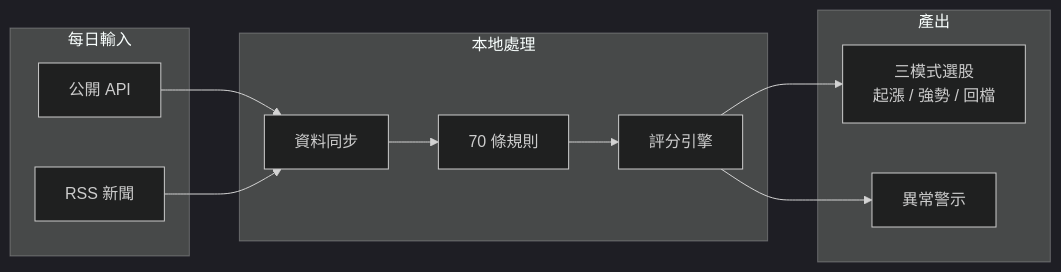
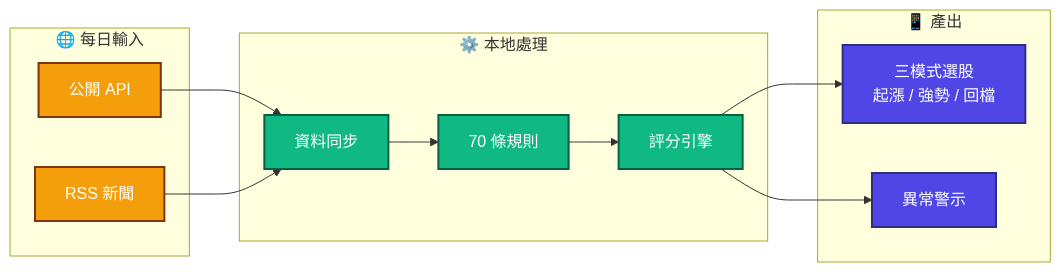
The diagram in CLAUDE.md (Neal75418/daredevil), drawn with Mermaid before and after one commit. The commit also changed 1 other file, not shown here.

Commit message:
docs: 兩張架構圖重繪——收斂節點、消除交叉、四色語意上色
實機渲染截圖顯示:顏色可讀(原本擔心的 init directive 不是問題),真正的毛病
在版面。README 那張:左側三分之一整片空白(External 疊 5 個節點成高瘦柱,
mermaid 為對齊高度把其餘框往上推)、兩條穿層交叉線(Interfaces -.-> Repositories、
Update Services --> Repositories)、subgraph 深灰容器與深黑節點糊成框中框。

改動:

- **收斂外部源** 5 節點 → 2(`TWSE·TPEx / FinMind·TDCC` 合併 + RSS)。讀者要知道
  的是「有這些來源」,不是各佔一格。高度變 2/3/3/2 平衡結構,左側空白消失
- **刪 Interfaces 抽象線**:實作細節,對讀者零價值卻製造穿層交叉
- **Update Services 改虛線指向 API Clients**:語意更準(它驅動抓取而非直接寫 repo),
  且不再逆向穿層
- **四色語意 classDef**(Tailwind 500 飽和 fill + 白字 + 深 stroke):外部源琥珀、
  Data 紫、Domain 綠、Presentation 靛。取代 `%%{init:theme:dark}%%`——後者在
  兩種 mode 下表現不一,飽和 fill + 白字兩邊都穩
- subgraph 標題加 emoji 前綴,弱化框中框的視覺

CLAUDE.md 那張渲染本來就乾淨(線性、無交叉),僅套用同一組語意色與 emoji,
讓兩份文件的圖視覺一致。

````diff
--- a/CLAUDE.md
+++ b/CLAUDE.md
@@ -15,24 +15,31 @@
 ```mermaid
-%%{init: {'theme': 'dark'}}%%
 flowchart LR
-    subgraph Input["每日輸入"]
+    subgraph Input["🌐 每日輸入"]
         API["公開 API"]
         RSS["RSS 新聞"]
     end
 
-    subgraph Process["本地處理"]
+    subgraph Process["⚙️ 本地處理"]
         Sync["資料同步"]
         Rules["70 條規則"]
         Score["評分引擎"]
     end
 
-    subgraph Output["產出"]
+    subgraph Output["📱 產出"]
         Modes["三模式選股<br/>起漲 / 強勢 / 回檔"]
         Alert["異常警示"]
     end
 
     API --> Sync
     RSS --> Sync
     Sync --> Rules --> Score --> Modes
     Score --> Alert
+
+    classDef ext fill:#F59E0B,stroke:#78350F,stroke-width:2px,color:#FFFFFF
+    classDef dom fill:#10B981,stroke:#065F46,stroke-width:2px,color:#FFFFFF
+    classDef pres fill:#4F46E5,stroke:#312E81,stroke-width:2px,color:#FFFFFF
+
+    class API,RSS ext
+    class Sync,Rules,Score dom
+    class Modes,Alert pres
 ```
````
